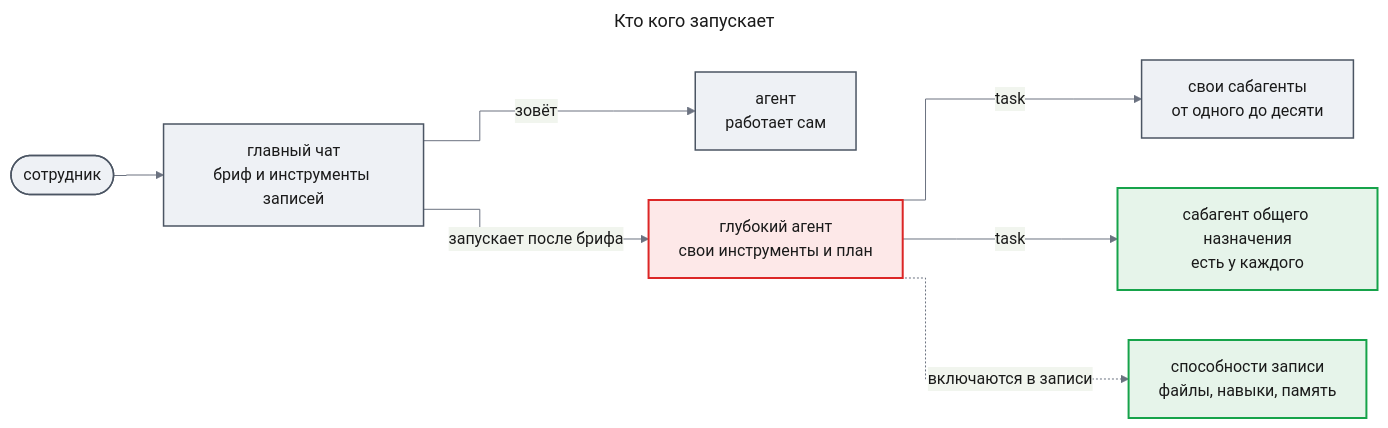
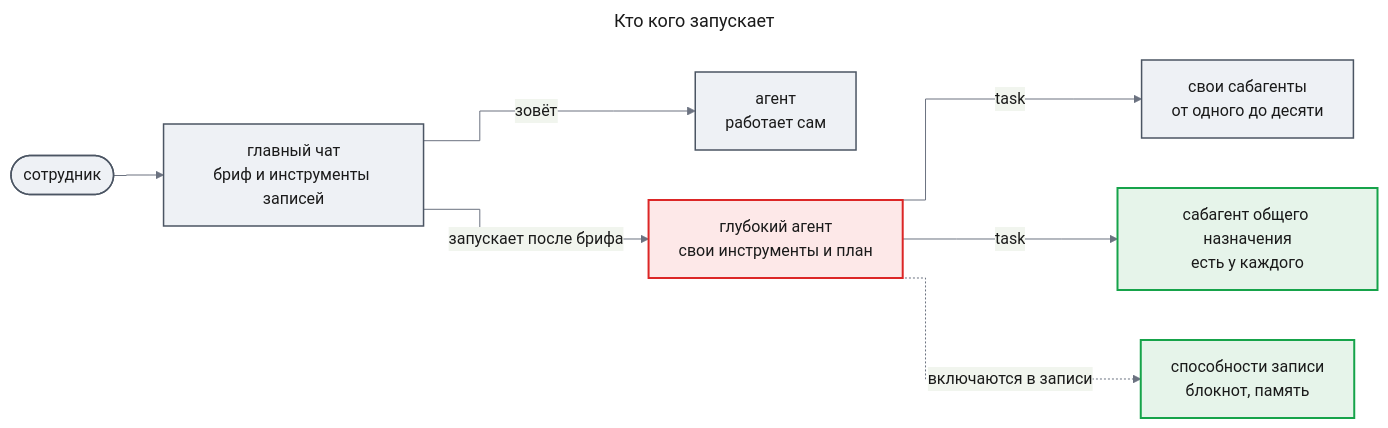
The first of 4 diagrams in docs/features/deep-agents/prd.md (tundraray/agent-os), drawn with Mermaid before and after one commit. The commit also changed other lines of this file, not shown here.

````diff
--- a/docs/features/deep-agents/prd.md
+++ b/docs/features/deep-agents/prd.md
@@ -48,35 +51,35 @@
 ```mermaid
 ---
 title: "Кто кого запускает"
 config:
   theme: base
   look: classic
   themeVariables:
     primaryColor: "#eef1f5"
     primaryBorderColor: "#4b5563"
     primaryTextColor: "#1a1a1a"
     lineColor: "#6b7280"
   flowchart:
     curve: step
 ---
 flowchart LR
     user(["сотрудник"])
     chat["главный чат<br/>бриф и инструменты записей"]
     agent["агент<br/>работает сам"]
     deep["глубокий агент<br/>свои инструменты и план"]
     own["свои сабагенты<br/>от одного до десяти"]
     gp["сабагент общего назначения<br/>есть у каждого"]
-    caps["способности записи<br/>файлы, навыки, память"]
+    caps["способности записи<br/>блокнот, память"]
     user --> chat
     chat -->|"зовёт"| agent
     chat -->|"запускает после брифа"| deep
     deep -->|"task"| own
     deep -->|"task"| gp
     deep -.->|"включаются в записи"| caps
     classDef changed fill:#fde8e8,stroke:#dc2626,stroke-width:2px,color:#1a1a1a
     classDef new fill:#e6f4ea,stroke:#16a34a,stroke-width:2px,color:#1a1a1a
     classDef unchanged fill:#eef1f5,stroke:#4b5563,stroke-width:1.5px,color:#1a1a1a
     class user,chat,agent,own unchanged
     class deep changed
     class gp,caps new
 ```
````
